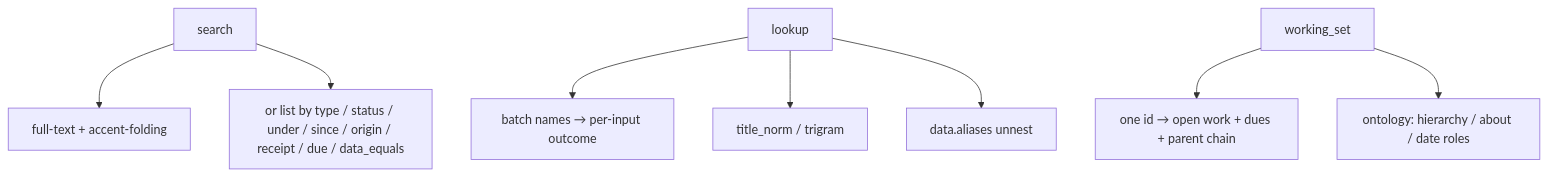
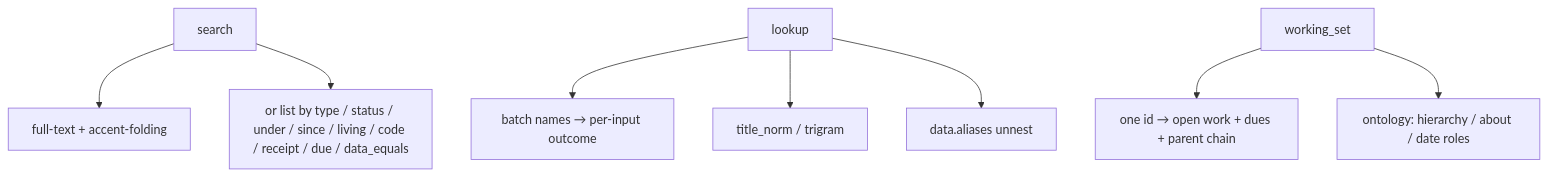
Before and after one commit to dgraziosi/foundation: the seventh of 11 diagrams in docs/ARCHITECTURE.md, drawn with Mermaid. The commit also changed other lines of this file and 38 other files, not shown here.

First line of the commit message:
Living and code pointers; Viewer Open on data.url

````diff
--- a/docs/ARCHITECTURE.md
+++ b/docs/ARCHITECTURE.md
@@ -197,13 +200,13 @@
 ```mermaid
 flowchart TB
   search_box["search"]
   search_box --> fts["full-text + accent-folding"]
-  search_box --> list_or_filter["or list by type / status / under / since / origin / receipt / due / data_equals"]
+  search_box --> list_or_filter["or list by type / status / under / since / living / code / receipt / due / data_equals"]
   lookup_box["lookup"]
   lookup_box --> names["batch names → per-input outcome"]
   lookup_box --> title_idx["title_norm / trigram"]
   lookup_box --> aliases["data.aliases unnest"]
   working_set_box["working_set"]
   working_set_box --> rooted["one id → open work + dues + parent chain"]
   working_set_box --> ontology_walk["ontology: hierarchy / about / date roles"]
 ```
````
